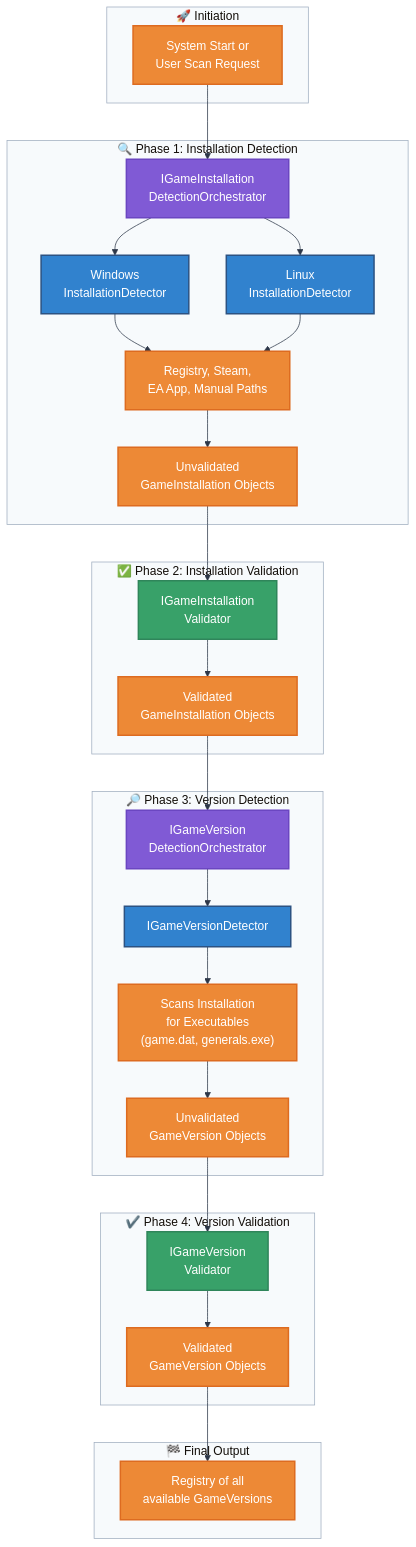
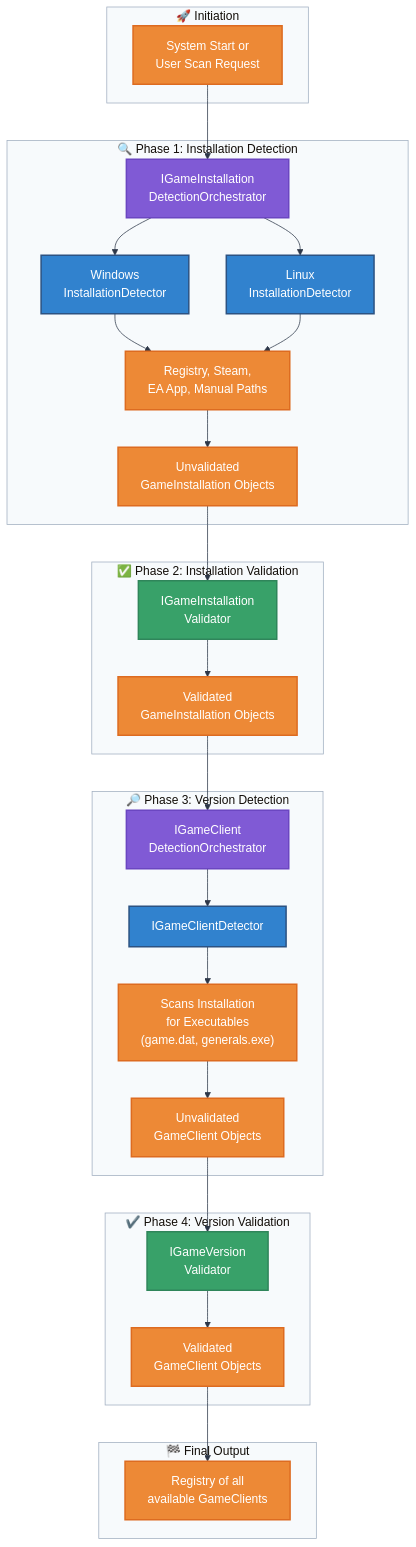
One commit to undead2146/GenHub changed the diagram in docs/FlowCharts/Detection-Flow.md. Above: the diagram before and after it, drawn with Mermaid. The commit also changed other lines of this file and 58 other files, not shown here.

Commit message:
refactor(gameclient): rename GameVersion to GameClient (#159)

````diff
--- a/docs/FlowCharts/Detection-Flow.md
+++ b/docs/FlowCharts/Detection-Flow.md
@@ -5,81 +5,81 @@
 ```mermaid
 %%{init: {
   'theme': 'base',
   'themeVariables': {
     'primaryColor': '#e2e8f0',
     'primaryTextColor': '#1a202c',
     'primaryBorderColor': '#4a5568',
     'lineColor': '#2d3748',
     'secondaryColor': '#f7fafc',
     'tertiaryColor': '#edf2f7',
     'background': '#ffffff',
     'mainBkg': '#f7fafc',
     'secondBkg': '#edf2f7',
     'nodeBorder': '#4a5568',
     'clusterBkg': '#f7fafc',
     'clusterBorder': '#a0aec0',
     'edgeLabelBackground': '#ffffff'
   }
 }}%%
 
 graph TD
     subgraph Start ["🚀 Initiation"]
         A["System Start or<br/>User Scan Request"]
     end
 
     subgraph InstallationDetection ["🔍 Phase 1: Installation Detection"]
         B["IGameInstallation<br/>DetectionOrchestrator"]
         C1["Windows<br/>InstallationDetector"]
         C2["Linux<br/>InstallationDetector"]
         D["Registry, Steam,<br/>EA App, Manual Paths"]
         E["Unvalidated<br/>GameInstallation Objects"]
     end
 
     subgraph InstallationValidation ["✅ Phase 2: Installation Validation"]
         F["IGameInstallation<br/>Validator"]
         G["Validated<br/>GameInstallation Objects"]
     end
 
     subgraph VersionDetection ["🔎 Phase 3: Version Detection"]
-        H["IGameVersion<br/>DetectionOrchestrator"]
-        I["IGameVersionDetector"]
+        H["IGameClient<br/>DetectionOrchestrator"]
+        I["IGameClientDetector"]
         J["Scans Installation<br/>for Executables<br/>(game.dat, generals.exe)"]
-        K["Unvalidated<br/>GameVersion Objects"]
+        K["Unvalidated<br/>GameClient Objects"]
     end
 
     subgraph VersionValidation ["✔️ Phase 4: Version Validation"]
         L["IGameVersion<br/>Validator"]
-        M["Validated<br/>GameVersion Objects"]
+        M["Validated<br/>GameClient Objects"]
     end
     
     subgraph FinalOutput ["🏁 Final Output"]
-        N["Registry of all<br/>available GameVersions"]
+        N["Registry of all<br/>available GameClients"]
     end
 
     A --> B
     B --> C1
     B --> C2
     C1 --> D
     C2 --> D
     D --> E
     E --> F
     F --> G
     
     G --> H
     H --> I
     I --> J
     J --> K
     K --> L
     L --> M
     M --> N
 
     classDef orchestrator fill:#805ad5,stroke:#6b46c1,stroke-width:2px,color:#ffffff
     classDef detector fill:#3182ce,stroke:#2c5282,stroke-width:2px,color:#ffffff
     classDef validator fill:#38a169,stroke:#2f855a,stroke-width:2px,color:#ffffff
     classDef data fill:#ed8936,stroke:#dd6b20,stroke-width:2px,color:#ffffff
 
     class B,H orchestrator
     class C1,C2,I detector
     class F,L validator
     class A,D,E,G,J,K,M,N data
 ```
````
